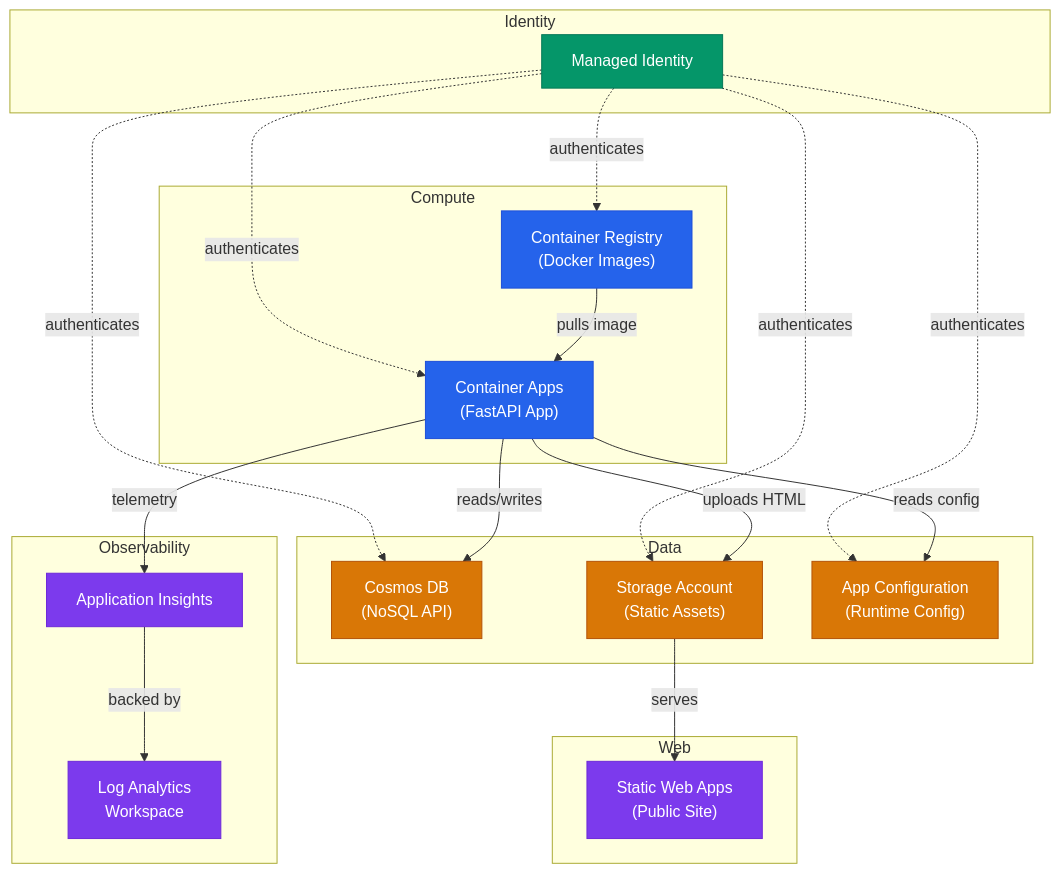
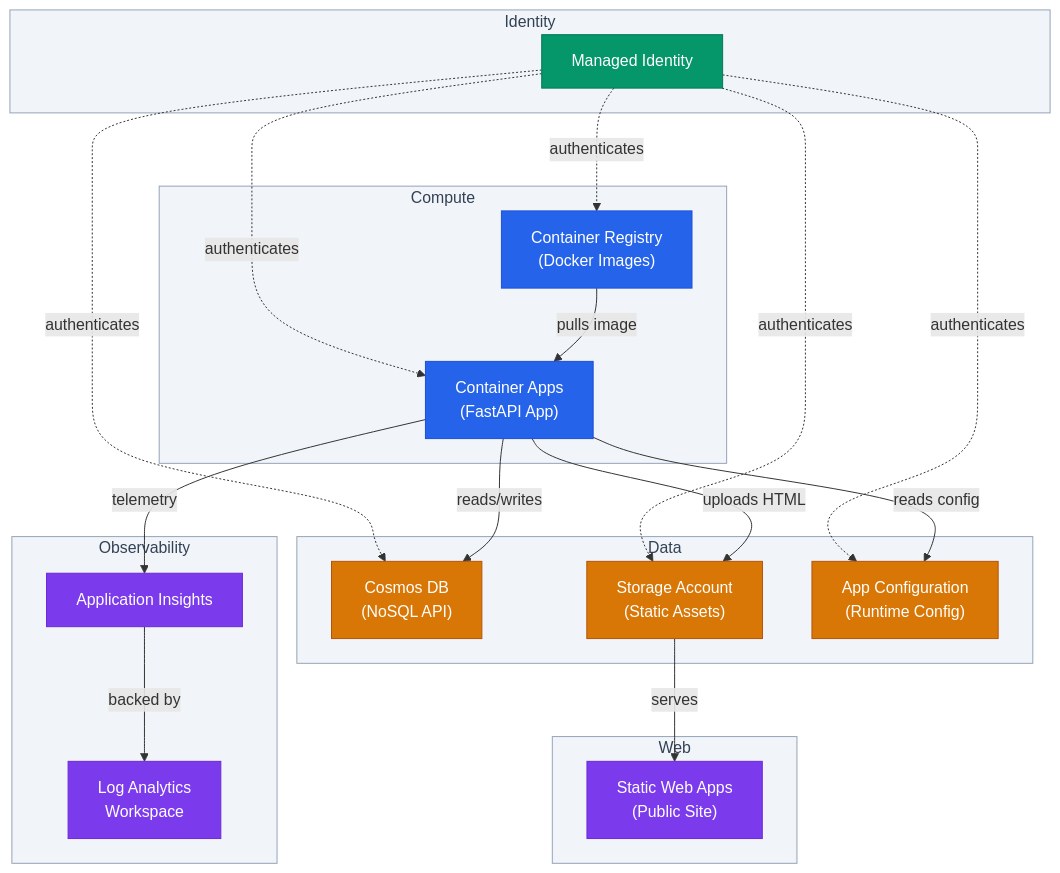
One commit to ljtill/agent-stack changed the second of 5 diagrams in docs/ARCHITECTURE.md. Above: the diagram before and after it, drawn with Mermaid. The commit also changed other lines of this file and 1 other file, not shown here.

````diff
--- a/docs/ARCHITECTURE.md
+++ b/docs/ARCHITECTURE.md
@@ -54,52 +56,58 @@
 ```mermaid
 graph TB
     subgraph Identity["Identity"]
         MI["Managed Identity"]
     end
 
     subgraph Compute["Compute"]
         ACA["Container Apps<br/>(FastAPI App)"]
         ACR["Container Registry<br/>(Docker Images)"]
     end
 
     subgraph Data["Data"]
         Cosmos["Cosmos DB<br/>(NoSQL API)"]
         SA["Storage Account<br/>(Static Assets)"]
         AppConfig["App Configuration<br/>(Runtime Config)"]
     end
 
     subgraph Web["Web"]
         SWA["Static Web Apps<br/>(Public Site)"]
     end
 
     subgraph Observability["Observability"]
         AppInsights["Application Insights"]
         LAW["Log Analytics<br/>Workspace"]
     end
 
     MI -.->|authenticates| ACA
     MI -.->|authenticates| Cosmos
     MI -.->|authenticates| SA
     MI -.->|authenticates| ACR
     MI -.->|authenticates| AppConfig
 
     ACR -->|pulls image| ACA
     ACA -->|reads/writes| Cosmos
     ACA -->|uploads HTML| SA
     ACA -->|reads config| AppConfig
     SA -->|serves| SWA
 
     ACA -->|telemetry| AppInsights
     AppInsights -->|backed by| LAW
 
     classDef outer fill:#2563eb,stroke:#1d4ed8,color:#fff
     classDef inner fill:#7c3aed,stroke:#6d28d9,color:#fff
     classDef infra fill:#d97706,stroke:#b45309,color:#fff
     classDef human fill:#059669,stroke:#047857,color:#fff
 
     class ACA,ACR outer
     class SWA inner
     class Cosmos,SA,AppConfig infra
     class MI human
     class AppInsights,LAW inner
+
+    style Identity fill:#f1f5f9,stroke:#94a3b8,color:#334155
+    style Compute fill:#f1f5f9,stroke:#94a3b8,color:#334155
+    style Data fill:#f1f5f9,stroke:#94a3b8,color:#334155
+    style Web fill:#f1f5f9,stroke:#94a3b8,color:#334155
+    style Observability fill:#f1f5f9,stroke:#94a3b8,color:#334155
 ```
````
